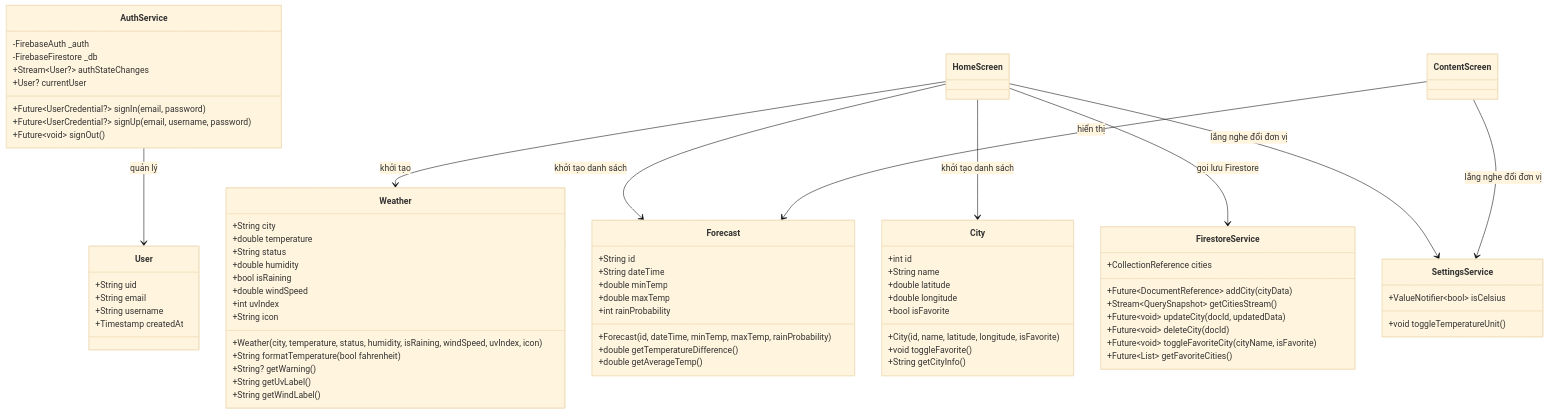
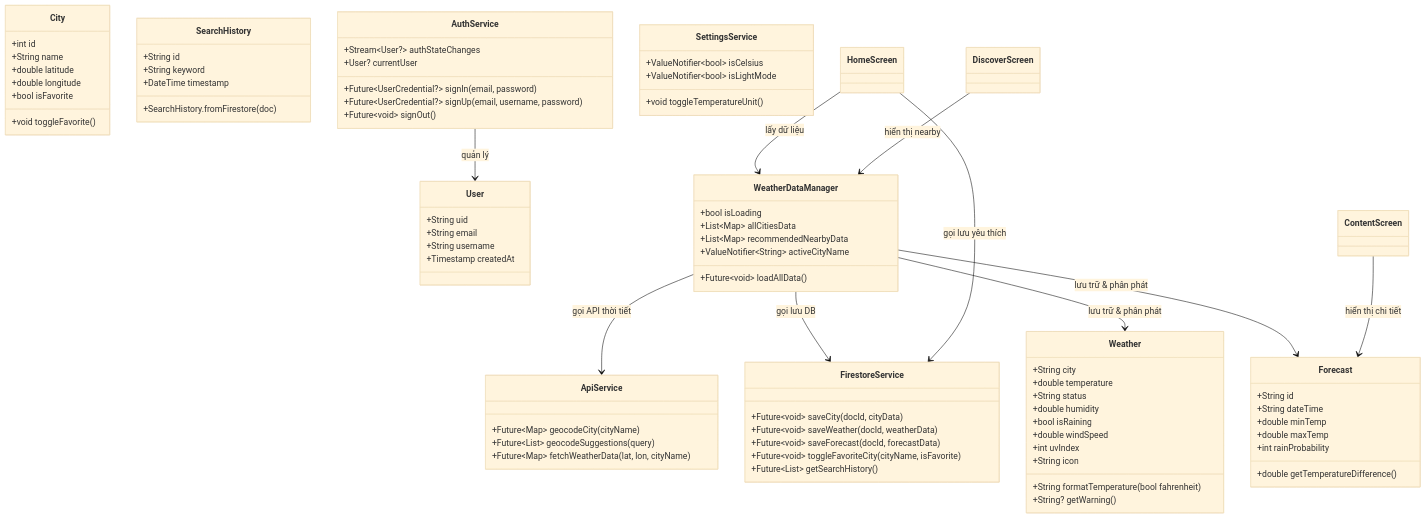
Before and after one commit to DNTt30/weatherApp_Quang_Tu_Long_1_2026: the first of 8 diagrams in README.md, drawn with Mermaid (base theme). The commit also changed other lines of this file and 3 other files, not shown here.

Commit message:
Update README to accurately reflect codebase architecture and diagrams

````diff
--- a/README.md
+++ b/README.md
@@ -109,11 +118,8 @@
         +double windSpeed
         +int uvIndex
         +String icon
-        +Weather(city, temperature, status, humidity, isRaining, windSpeed, uvIndex, icon)
         +String formatTemperature(bool fahrenheit)
         +String? getWarning()
-        +String getUvLabel()
-        +String getWindLabel()
     }
 
     class Forecast {
@@ -122,9 +128,7 @@
         +double minTemp
         +double maxTemp
         +int rainProbability
-        +Forecast(id, dateTime, minTemp, maxTemp, rainProbability)
         +double getTemperatureDifference()
-        +double getAverageTemp()
     }
 
     class City {
@@ -133,14 +137,17 @@
         +double latitude
         +double longitude
         +bool isFavorite
-        +City(id, name, latitude, longitude, isFavorite)
         +void toggleFavorite()
-        +String getCityInfo()
+    }
+
+    class SearchHistory {
+        +String id
+        +String keyword
+        +DateTime timestamp
+        +SearchHistory.fromFirestore(doc)
     }
 
     class AuthService {
-        -FirebaseAuth _auth
-        -FirebaseFirestore _db
         +Stream~User?~ authStateChanges
         +User? currentUser
         +Future~UserCredential?~ signIn(email, password)
@@ -149,26 +156,40 @@
     }
 
     class FirestoreService {
-        +CollectionReference cities
-        +Future~DocumentReference~ addCity(cityData)
-        +Stream~QuerySnapshot~ getCitiesStream()
-        +Future~void~ updateCity(docId, updatedData)
-        +Future~void~ deleteCity(docId)
+        +Future~void~ saveCity(docId, cityData)
+        +Future~void~ saveWeather(docId, weatherData)
+        +Future~void~ saveForecast(docId, forecastData)
         +Future~void~ toggleFavoriteCity(cityName, isFavorite)
-        +Future~List~ getFavoriteCities()
+        +Future~List~ getSearchHistory()
+    }
+
+    class ApiService {
+        +Future~Map~ geocodeCity(cityName)
+        +Future~List~ geocodeSuggestions(query)
+        +Future~Map~ fetchWeatherData(lat, lon, cityName)
+    }
+
+    class WeatherDataManager {
+        +bool isLoading
+        +List~Map~ allCitiesData
+        +List~Map~ recommendedNearbyData
+        +ValueNotifier~String~ activeCityName
+        +Future~void~ loadAllData()
     }
 
     class SettingsService {
         +ValueNotifier~bool~ isCelsius
+        +ValueNotifier~bool~ isLightMode
         +void toggleTemperatureUnit()
     }
 
     AuthService --> User : quản lý
-    HomeScreen --> Weather : khởi tạo
-    HomeScreen --> Forecast : khởi tạo danh sách
-    HomeScreen --> City : khởi tạo danh sách
-    HomeScreen --> FirestoreService : gọi lưu Firestore
-    HomeScreen --> SettingsService : lắng nghe đổi đơn vị
-    ContentScreen --> Forecast : hiển thị
-    ContentScreen --> SettingsService : lắng nghe đổi đơn vị
+    WeatherDataManager --> ApiService : gọi API thời tiết
+    WeatherDataManager --> FirestoreService : gọi lưu DB
+    WeatherDataManager --> Weather : lưu trữ & phân phát
+    WeatherDataManager --> Forecast : lưu trữ & phân phát
+    HomeScreen --> WeatherDataManager : lấy dữ liệu
+    DiscoverScreen --> WeatherDataManager : hiển thị nearby
+    HomeScreen --> FirestoreService : gọi lưu yêu thích
+    ContentScreen --> Forecast : hiển thị chi tiết
 ```
````
